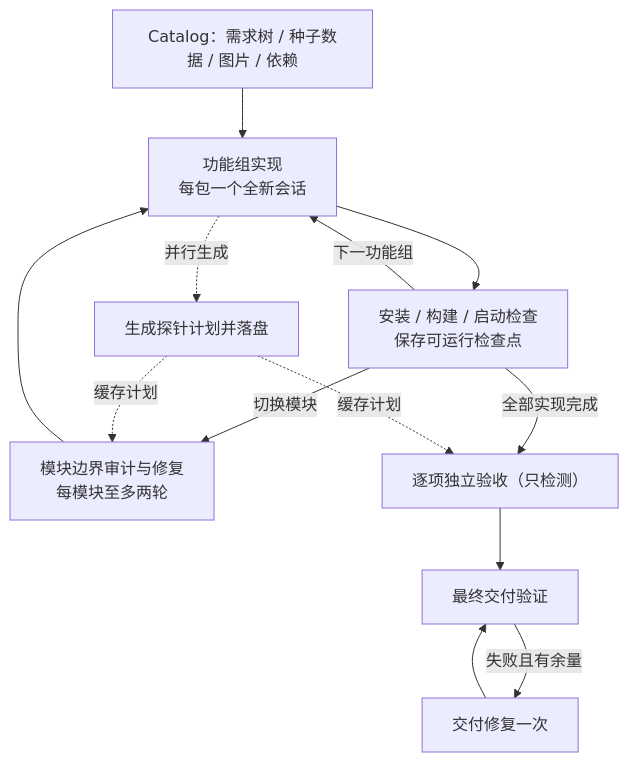
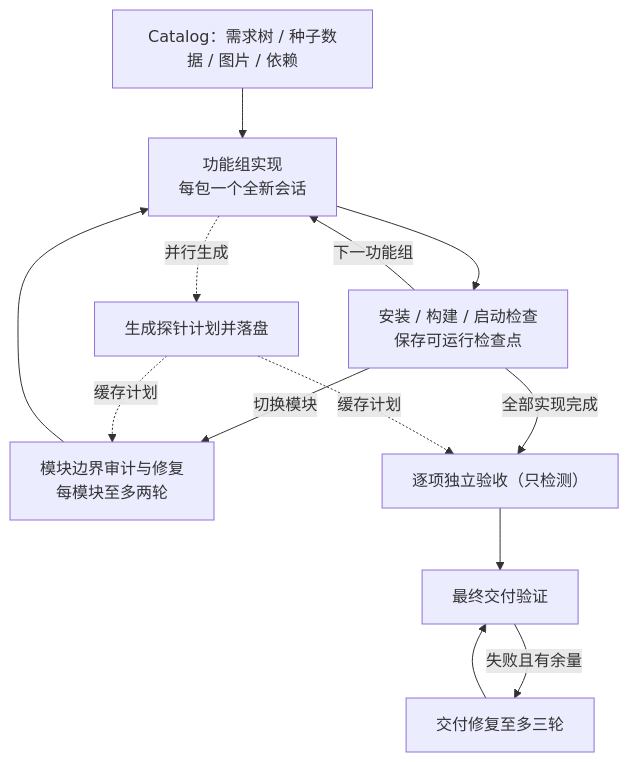
Before and after one commit to TheaDust/Shallow: the diagram in README.md, drawn with Mermaid. The commit also changed other lines of this file and 3 other files, not shown here.

````diff
--- a/README.md
+++ b/README.md
@@ -81,15 +81,15 @@
 ```mermaid
 flowchart TD
     C[Catalog：需求树 / 种子数据 / 图片 / 依赖] --> M[功能组实现<br/>每包一个全新会话]
     M -.并行生成.-> P[生成探针计划并落盘]
     M --> K[安装 / 构建 / 启动检查<br/>保存可运行检查点]
     K -->|下一功能组| M
     K -->|切换模块| BA[模块边界审计与修复<br/>每模块至多两轮]
     BA --> M
     K -->|全部实现完成| J[逐项独立验收（只检测）]
     P -.缓存计划.-> BA
     P -.缓存计划.-> J
     J --> F[最终交付验证]
-    F -->|失败且有余量| DR[交付修复一次]
+    F -->|失败且有余量| DR[交付修复至多三轮]
     DR --> F
 ```
````
